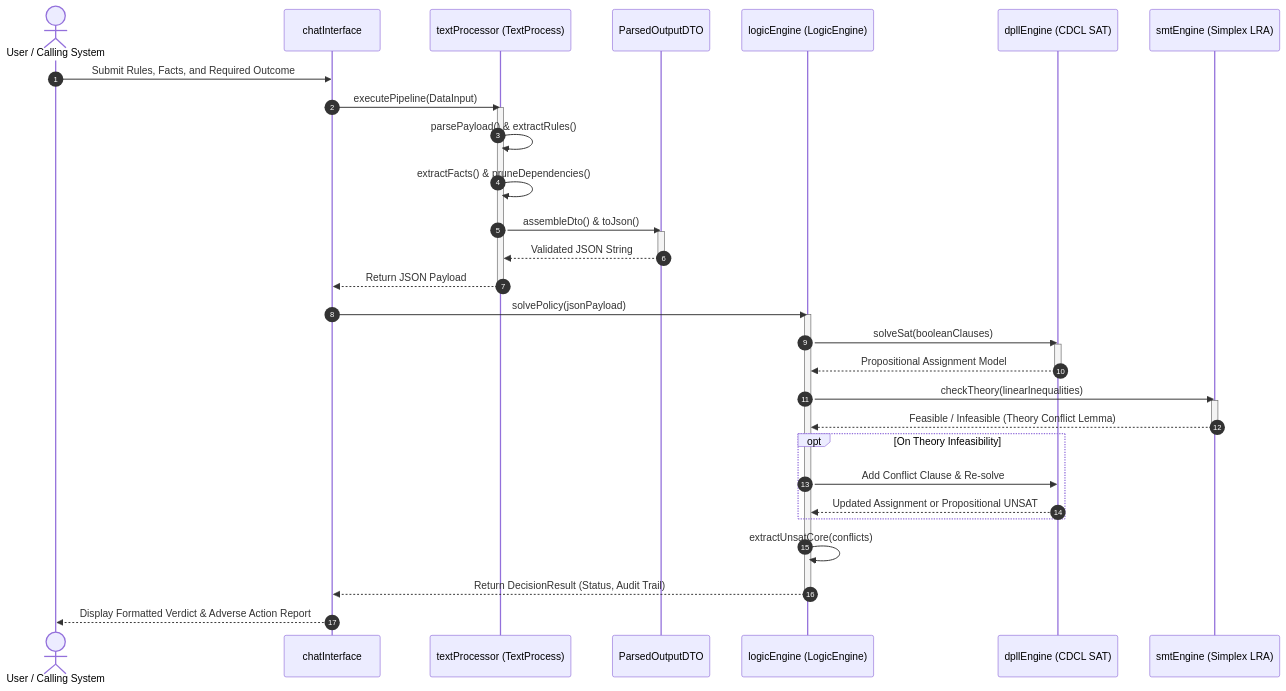
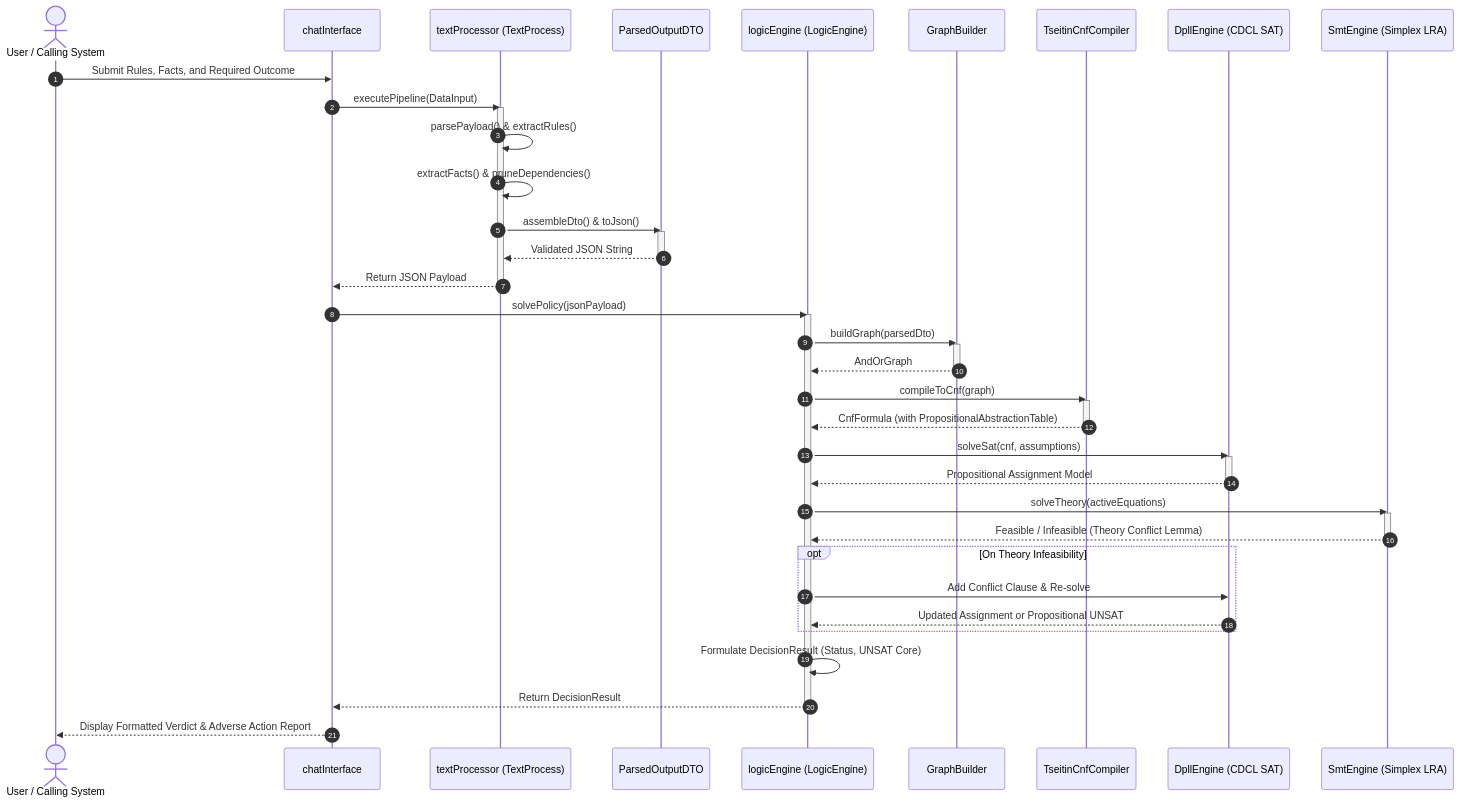
One commit to Kraftpaket-bibliothek/Shiva changed the diagram in Architecture/SequenceDiagram.md. Above: the diagram before and after it, drawn with Mermaid. The commit also changed 8 other files, not shown here.

Commit message:
I have made a couple of architectural changes in how the code must look. I still need to scrutinize it further, and make it much simpler. We can delete more lines of code from the Logic Engine.

````diff
--- a/Architecture/SequenceDiagram.md
+++ b/Architecture/SequenceDiagram.md
@@ -5,46 +5,58 @@
 ```mermaid
 sequenceDiagram
     autonumber
     actor User as User / Calling System
     participant UI as chatInterface
     participant TP as textProcessor (TextProcess)
     participant DTO as ParsedOutputDTO
     participant LE as logicEngine (LogicEngine)
-    participant DPLL as dpllEngine (CDCL SAT)
-    participant SMT as smtEngine (Simplex LRA)
+    participant GB as GraphBuilder
+    participant TC as TseitinCnfCompiler
+    participant DPLL as DpllEngine (CDCL SAT)
+    participant SMT as SmtEngine (Simplex LRA)
 
     User->>UI: Submit Rules, Facts, and Required Outcome
     UI->>TP: executePipeline(DataInput)
     activate TP
     TP->>TP: parsePayload() & extractRules()
     TP->>TP: extractFacts() & pruneDependencies()
     TP->>DTO: assembleDto() & toJson()
     activate DTO
     DTO-->>TP: Validated JSON String
     deactivate DTO
     TP-->>UI: Return JSON Payload
     deactivate TP
 
     UI->>LE: solvePolicy(jsonPayload)
     activate LE
-    LE->>DPLL: solveSat(booleanClauses)
+    LE->>GB: buildGraph(parsedDto)
+    activate GB
+    GB-->>LE: AndOrGraph
+    deactivate GB
+
+    LE->>TC: compileToCnf(graph)
+    activate TC
+    TC-->>LE: CnfFormula (with PropositionalAbstractionTable)
+    deactivate TC
+
+    LE->>DPLL: solveSat(cnf, assumptions)
     activate DPLL
     DPLL-->>LE: Propositional Assignment Model
     deactivate DPLL
 
-    LE->>SMT: checkTheory(linearInequalities)
+    LE->>SMT: solveTheory(activeEquations)
     activate SMT
     SMT-->>LE: Feasible / Infeasible (Theory Conflict Lemma)
     deactivate SMT
 
     opt On Theory Infeasibility
         LE->>DPLL: Add Conflict Clause & Re-solve
         DPLL-->>LE: Updated Assignment or Propositional UNSAT
     end
 
-    LE->>LE: extractUnsatCore(conflicts)
-    LE-->>UI: Return DecisionResult (Status, Audit Trail)
+    LE->>LE: Formulate DecisionResult (Status, UNSAT Core)
+    LE-->>UI: Return DecisionResult
     deactivate LE
 
     UI-->>User: Display Formatted Verdict & Adverse Action Report
 ```
````
